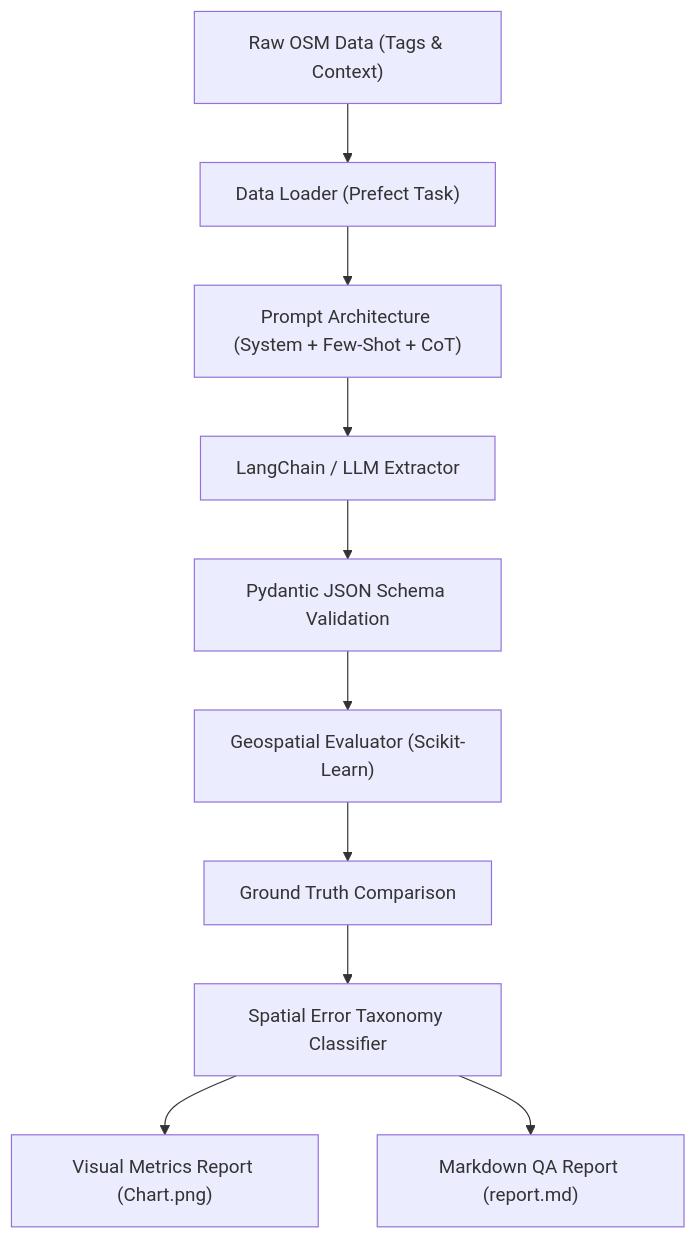
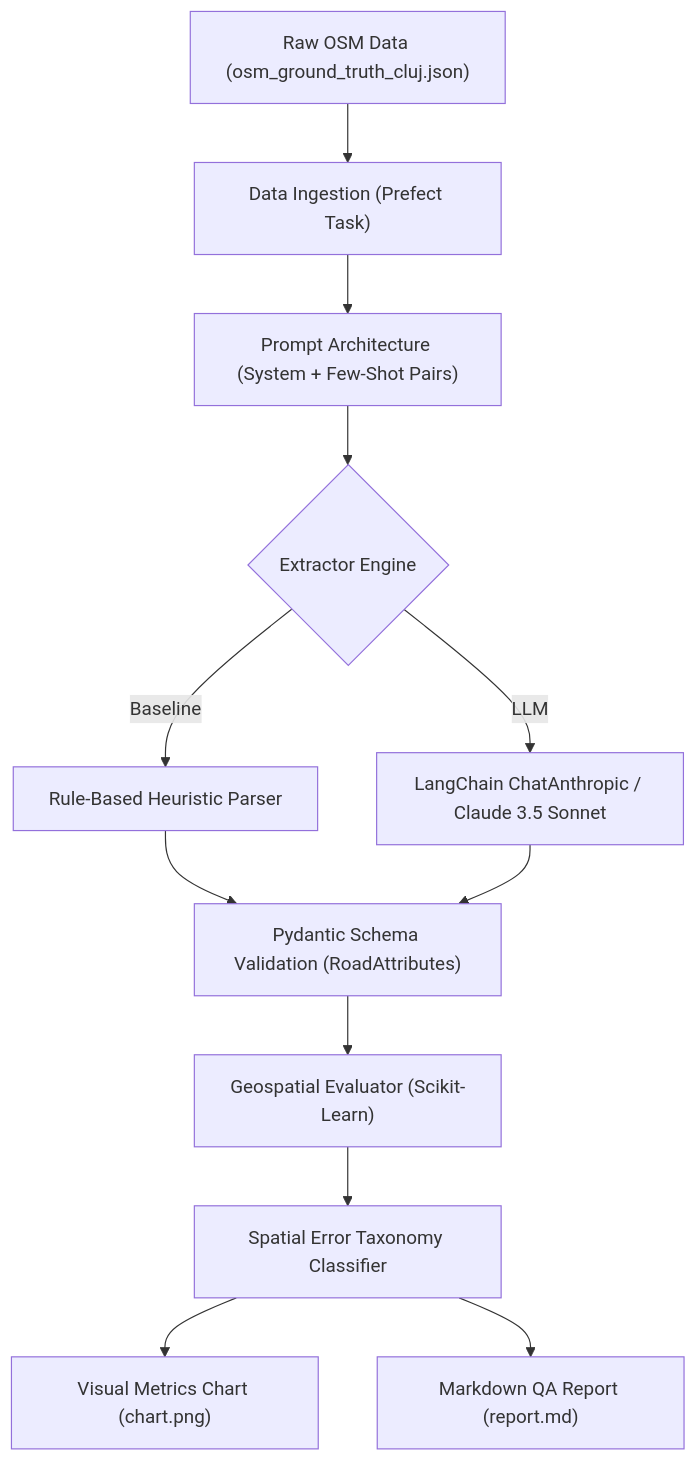
Before and after one commit to GhileaLucian/geo-attribute-llm: the diagram in README.md, drawn with Mermaid. The commit also changed other lines of this file and 13 other files, not shown here.

Commit message:
Refactor: Add ChatAnthropic, honest baseline comparison, real OSM dataset, and LICENSE

````diff
--- a/README.md
+++ b/README.md
@@ -29,12 +31,14 @@
 ```mermaid
 flowchart TD
-    A["Raw OSM Data (Tags & Context)"] --> B["Data Loader (Prefect Task)"]
-    B --> C["Prompt Architecture (System + Few-Shot + CoT)"]
-    C --> D["LangChain / LLM Extractor"]
-    D --> E["Pydantic JSON Schema Validation"]
-    E --> F["Geospatial Evaluator (Scikit-Learn)"]
-    F --> G["Ground Truth Comparison"]
+    A["Raw OSM Data (osm_ground_truth_cluj.json)"] --> B["Data Ingestion (Prefect Task)"]
+    B --> C["Prompt Architecture (System + Few-Shot Pairs)"]
+    C --> D{"Extractor Engine"}
+    D -->|"Baseline"| E1["Rule-Based Heuristic Parser"]
+    D -->|"LLM"| E2["LangChain ChatAnthropic / Claude 3.5 Sonnet"]
+    E1 --> F["Pydantic Schema Validation (RoadAttributes)"]
+    E2 --> F
+    F --> G["Geospatial Evaluator (Scikit-Learn)"]
     G --> H["Spatial Error Taxonomy Classifier"]
-    H --> I["Visual Metrics Report (Chart.png)"]
+    H --> I["Visual Metrics Chart (chart.png)"]
     H --> J["Markdown QA Report (report.md)"]
 ```
````
